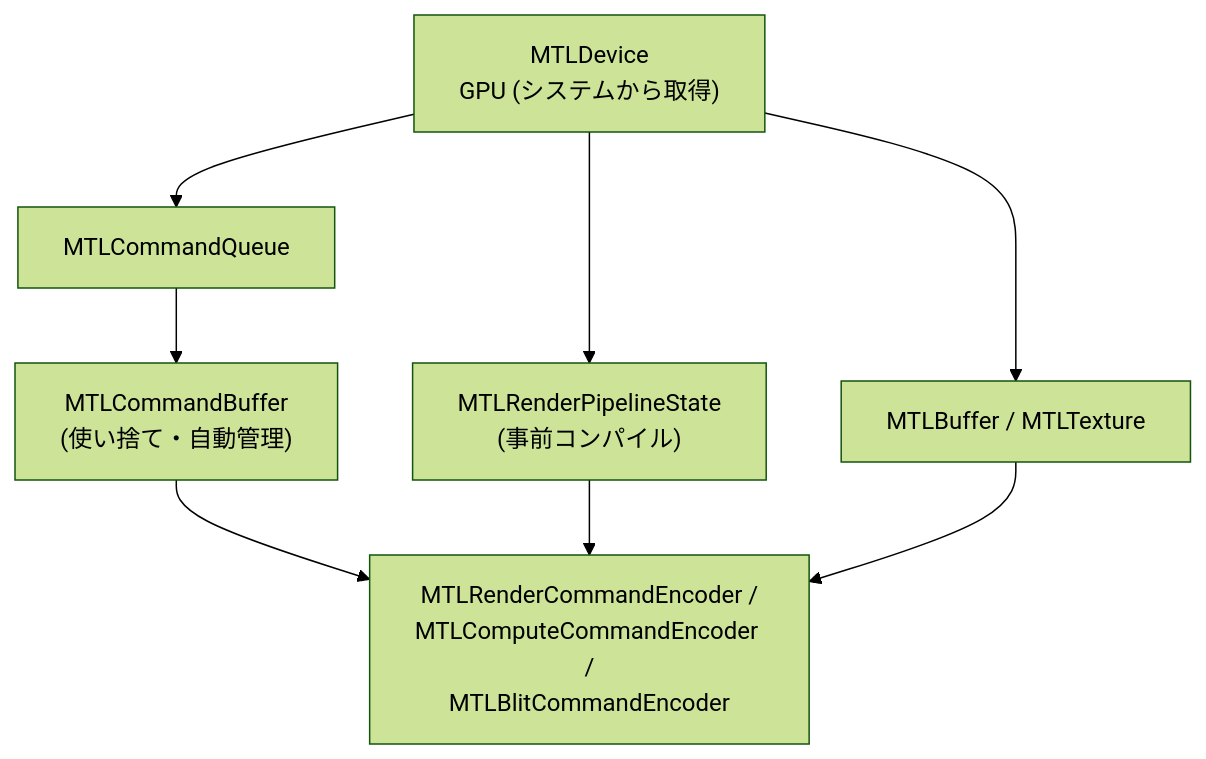
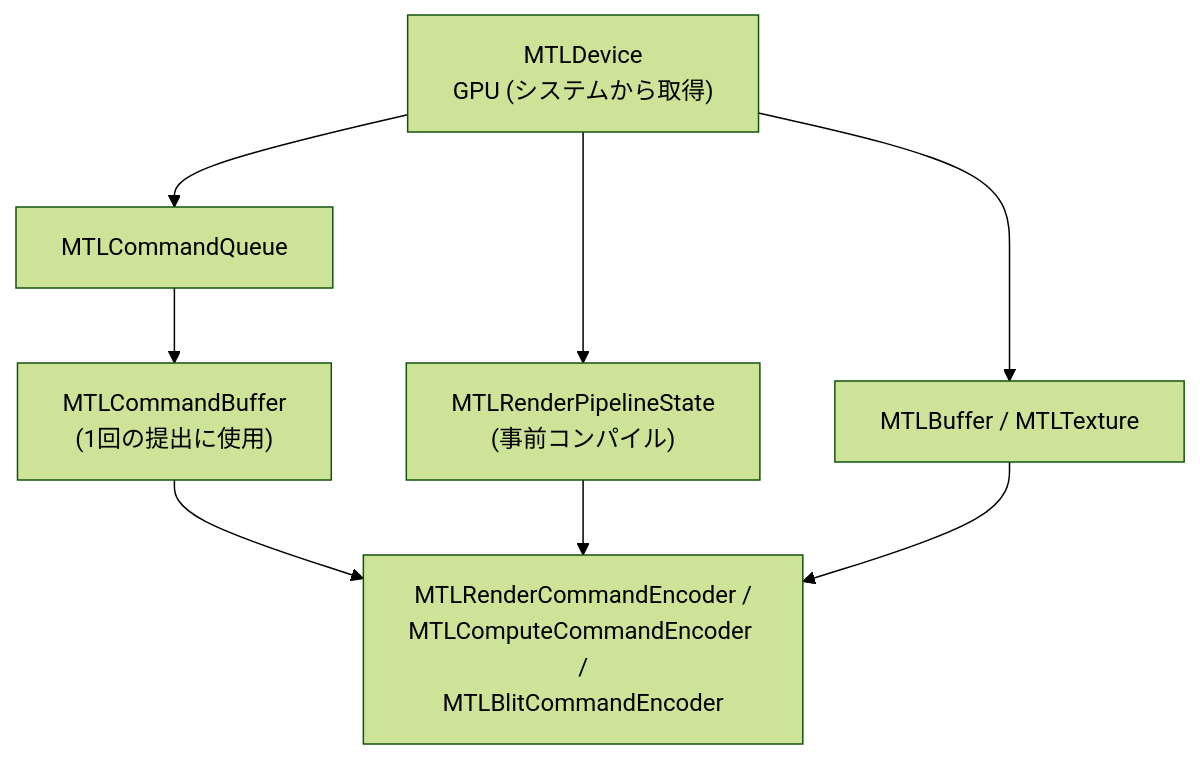
The diagram in study/docs/graphics/api/metal.md (sny0/sny0.github.io), drawn with Mermaid (forest theme) before and after one commit. The commit also changed other lines of this file and 427 other files, not shown here.

````diff
--- a/study/docs/graphics/api/metal.md
+++ b/study/docs/graphics/api/metal.md
@@ -53,12 +56,12 @@
 ```mermaid
 flowchart TB
     DEV["MTLDevice<br/>GPU (システムから取得)"]
     Q["MTLCommandQueue"]
-    CB["MTLCommandBuffer<br/>(使い捨て・自動管理)"]
+    CB["MTLCommandBuffer<br/>(1回の提出に使用)"]
     ENC["MTLRenderCommandEncoder /<br/>MTLComputeCommandEncoder /<br/>MTLBlitCommandEncoder"]
     PSO["MTLRenderPipelineState<br/>(事前コンパイル)"]
     RES["MTLBuffer / MTLTexture"]
     DEV --> Q --> CB --> ENC
     DEV --> PSO & RES
     PSO & RES --> ENC
 ```
````
